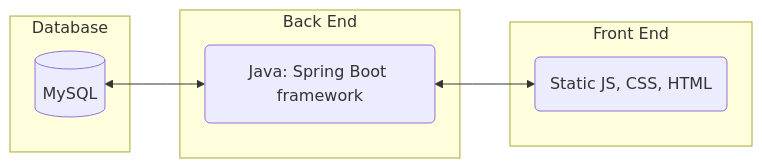
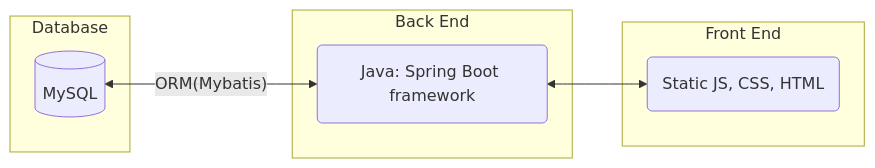
Before and after one commit to vincent-li-1/StockSync: the first of 6 diagrams in requirements_specifications_template.md, drawn with Mermaid.

Commit message:
Update Technology Stack with ORM

````diff
--- a/requirements_specifications_template.md
+++ b/requirements_specifications_template.md
@@ -97,17 +97,17 @@
 ```mermaid
 flowchart RL
 subgraph Front End
 	A(Static JS, CSS, HTML)
 end
 	
 subgraph Back End
 	B(Java: Spring Boot framework)
 end
 	
 subgraph Database
 	C[(MySQL)]
 end
 
 A <-->B
-B <-->C
+B <-->|"ORM(Mybatis)"| C
 ```
````
